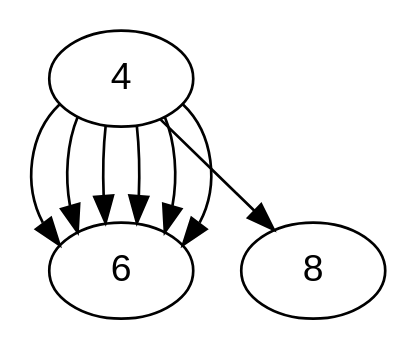
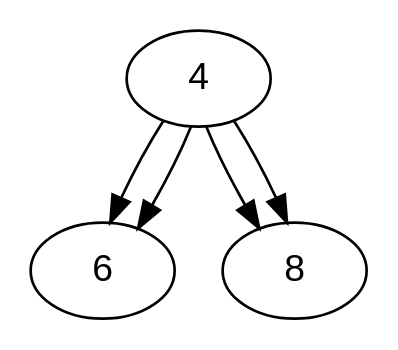
One commit to GeeksdelaCave/42h changed the diagram in src/ast.dot. Above: the diagram before and after it, drawn with Graphviz. The commit also changed 7 other files, not shown here.

```diff
--- a/src/ast.dot
+++ b/src/ast.dot
@@ -1,10 +1,7 @@
 digraph AST {
     node [fontname="Arial"];
     4 -> 6;
     4 -> 6;
-    4 -> 6;
-    4 -> 6;
-    4 -> 6;
-    4 -> 6;
+    4 -> 8;
     4 -> 8;
 }
```
